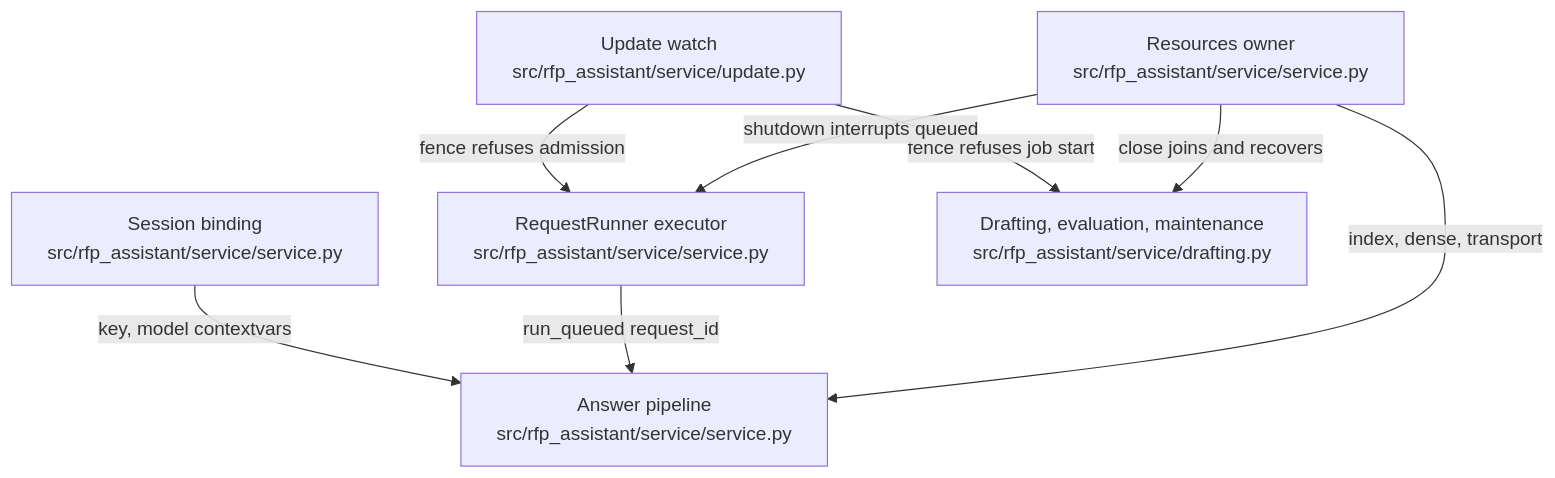
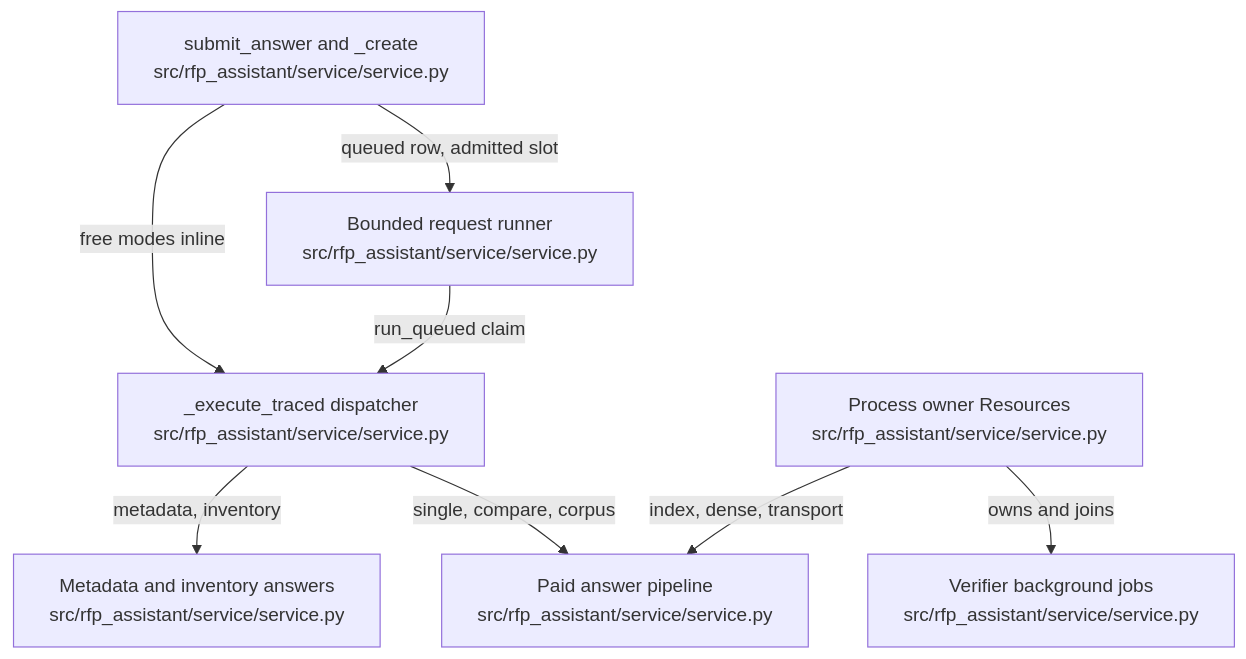
Before and after one commit to littleeeeebit/project-codeit-mid: the diagram in .omm/overall-architecture/service-core/diagram.mmd, drawn with Mermaid. The commit also changed 367 other files, not shown here.

```diff
--- a/.omm/overall-architecture/service-core/diagram.mmd
+++ b/.omm/overall-architecture/service-core/diagram.mmd
@@ -1,14 +1,15 @@
 graph TD
-  session-binding["Session binding\nsrc/rfp_assistant/service/service.py"]
-  resources["Resources owner\nsrc/rfp_assistant/service/service.py"]
-  request-runner["RequestRunner executor\nsrc/rfp_assistant/service/service.py"]
-  answer-pipeline["Answer pipeline\nsrc/rfp_assistant/service/service.py"]
-  background-jobs["Drafting, evaluation, maintenance\nsrc/rfp_assistant/service/drafting.py"]
-  update-watch["Update watch\nsrc/rfp_assistant/service/update.py"]
-  session-binding -->|"key, model contextvars"| answer-pipeline
-  request-runner -->|"run_queued request_id"| answer-pipeline
-  resources -->|"index, dense, transport"| answer-pipeline
-  update-watch -->|"fence refuses admission"| request-runner
-  update-watch -->|"fence refuses job start"| background-jobs
-  resources -->|"close joins and recovers"| background-jobs
-  resources -->|"shutdown interrupts queued"| request-runner
+  resources["Process owner Resources\nsrc/rfp_assistant/service/service.py"]
+  submit["submit_answer and _create\nsrc/rfp_assistant/service/service.py"]
+  runner["Bounded request runner\nsrc/rfp_assistant/service/service.py"]
+  execute["_execute_traced dispatcher\nsrc/rfp_assistant/service/service.py"]
+  free-answers["Metadata and inventory answers\nsrc/rfp_assistant/service/service.py"]
+  paid-answer["Paid answer pipeline\nsrc/rfp_assistant/service/service.py"]
+  background-jobs["Verifier background jobs\nsrc/rfp_assistant/service/service.py"]
+  submit -->|queued row, admitted slot| runner
+  submit -->|free modes inline| execute
+  runner -->|run_queued claim| execute
+  execute -->|metadata, inventory| free-answers
+  execute -->|single, compare, corpus| paid-answer
+  resources -->|index, dense, transport| paid-answer
+  resources -->|owns and joins| background-jobs
```
